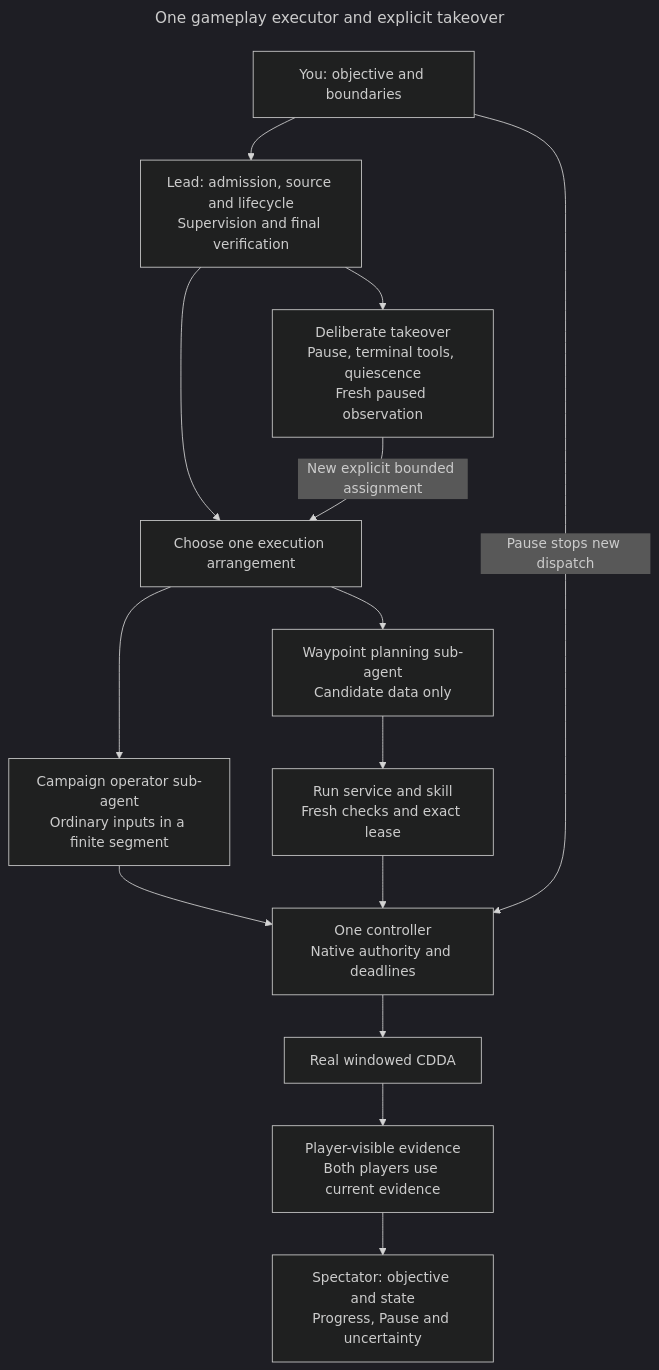
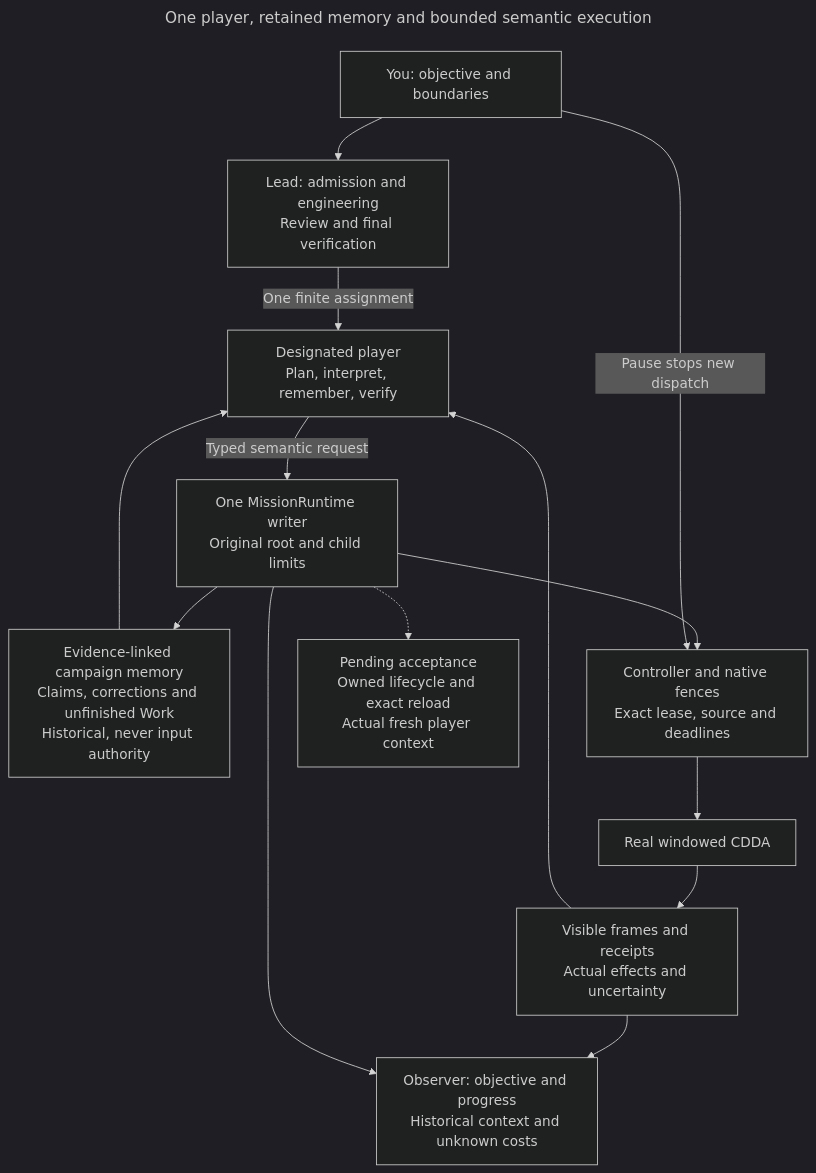
One commit to CVX-Hull/enactive changed the diagram in docs/diagrams/player.mmd. Above: the diagram before and after it, drawn with Mermaid (dark theme). The commit also changed 43 other files, not shown here.

Commit message:
Replace live waypoint ingress with the mission runtime

```diff
--- a/docs/diagrams/player.mmd
+++ b/docs/diagrams/player.mmd
@@ -1,19 +1,19 @@
 ---
-title: One gameplay executor and explicit takeover
+title: One player, retained memory and bounded semantic execution
 ---
 flowchart TD
-  accTitle: One campaign operator or one waypoint executor with explicit handoff
-  accDescr: The user directs the lead and retains Pause. The lead admits a finite segment and chooses one execution arrangement. A campaign operator sends ordinary commands under a bounded brief. Alternatively, a waypoint planner proposes candidate data and the leased run service executes it. Both reach the same controller and real windowed game. Visible evidence returns to the player and spectator. Lead inspection requires Pause, terminal player tools, quiescence and fresh observation. Role assignment is procedural, not operating-system isolation.
-  User["You: objective and boundaries"] --> Lead["Lead: admission, source and lifecycle<br/>Supervision and final verification"]
-  Lead --> Choice["Choose one execution arrangement"]
-  Choice --> Operator["Campaign operator sub-agent<br/>Ordinary inputs in a finite segment"]
-  Choice --> Planner["Waypoint planning sub-agent<br/>Candidate data only"]
-  Planner --> Service["Run service and skill<br/>Fresh checks and exact lease"]
-  Operator --> Controller["One controller<br/>Native authority and deadlines"]
-  Service --> Controller
+  accTitle: Player decisions, historical memory and one mission writer
+  accDescr: The user sets objectives and can Pause. The lead freezes admission and source, reviews evidence and verifies acceptance. One designated player plans, interprets visible evidence and requests semantic operations through MissionRuntime. Retained campaign memory supports decisions but grants no authority. The writer checks original limits and exact controller and native fences before the real windowed game. Actual frames and operation receipts return to the player and observer. Owned lifecycle and fresh-context continuity are pending acceptance gates; the lead supplies no ordinary gameplay rescue in the deciding mission.
+  User["You: objective and boundaries"] --> Lead["Lead: admission and engineering<br/>Review and final verification"]
+  Lead -->|"One finite assignment"| Player["Designated player<br/>Plan, interpret, remember, verify"]
+  Memory["Evidence-linked campaign memory<br/>Claims, corrections and unfinished Work<br/>Historical, never input authority"] --> Player
+  Player -->|"Typed semantic request"| Runtime["One MissionRuntime writer<br/>Original root and child limits"]
+  Runtime --> Controller["Controller and native fences<br/>Exact lease, source and deadlines"]
   Controller --> Game["Real windowed CDDA"]
-  Game --> Evidence["Player-visible evidence<br/>Both players use current evidence"]
-  Evidence --> Viewer["Spectator: objective and state<br/>Progress, Pause and uncertainty"]
+  Game --> Evidence["Visible frames and receipts<br/>Actual effects and uncertainty"]
+  Evidence --> Player
+  Runtime --> Memory
+  Evidence --> Viewer["Observer: objective and progress<br/>Historical context and unknown costs"]
+  Runtime --> Viewer
   User -->|"Pause stops new dispatch"| Controller
-  Lead --> Handoff["Deliberate takeover<br/>Pause, terminal tools, quiescence<br/>Fresh paused observation"]
-  Handoff -->|"New explicit bounded assignment"| Choice
+  Runtime -.-> Gate["Pending acceptance<br/>Owned lifecycle and exact reload<br/>Actual fresh player context"]
```
